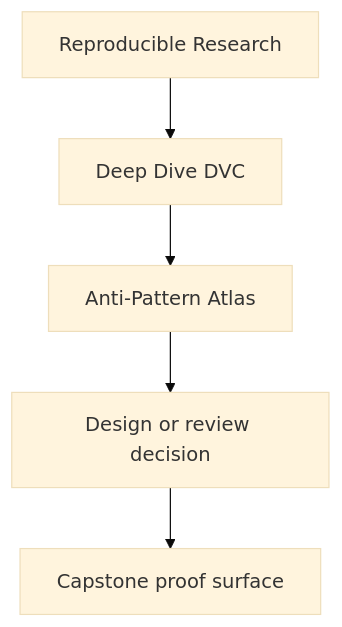
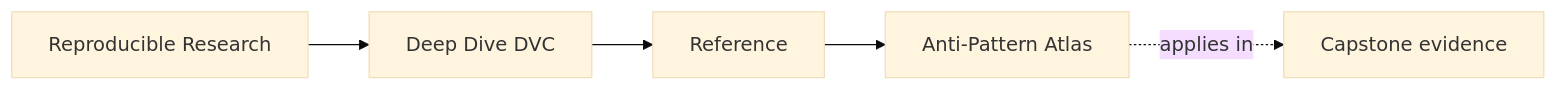
Before and after one commit to bijux/bijux-masterclass: the first of 2 diagrams in programs/reproducible-research/deep-dive-dvc/course-book/reference/anti-pattern-atlas.md, drawn with Mermaid (base theme). The commit also changed other lines of this file and 90 other files, not shown here.

Commit message:
docs(deep-dive-dvc): map publication and recovery review surfaces

````diff
--- a/programs/reproducible-research/deep-dive-dvc/course-book/reference/anti-pattern-atlas.md
+++ b/programs/reproducible-research/deep-dive-dvc/course-book/reference/anti-pattern-atlas.md
@@ -6,7 +6,11 @@
 ```mermaid
-flowchart TD
-  family["Reproducible Research"] --> program["Deep Dive DVC"]
-  program --> reference["Anti-Pattern Atlas"]
-  reference --> review["Design or review decision"]
-  review --> capstone["Capstone proof surface"]
+graph LR
+  family["Reproducible Research"]
+  program["Deep Dive DVC"]
+  section["Reference"]
+  page["Anti-Pattern Atlas"]
+  capstone["Capstone evidence"]
+
+  family --> program --> section --> page
+  page -.applies in.-> capstone
 ```
````
